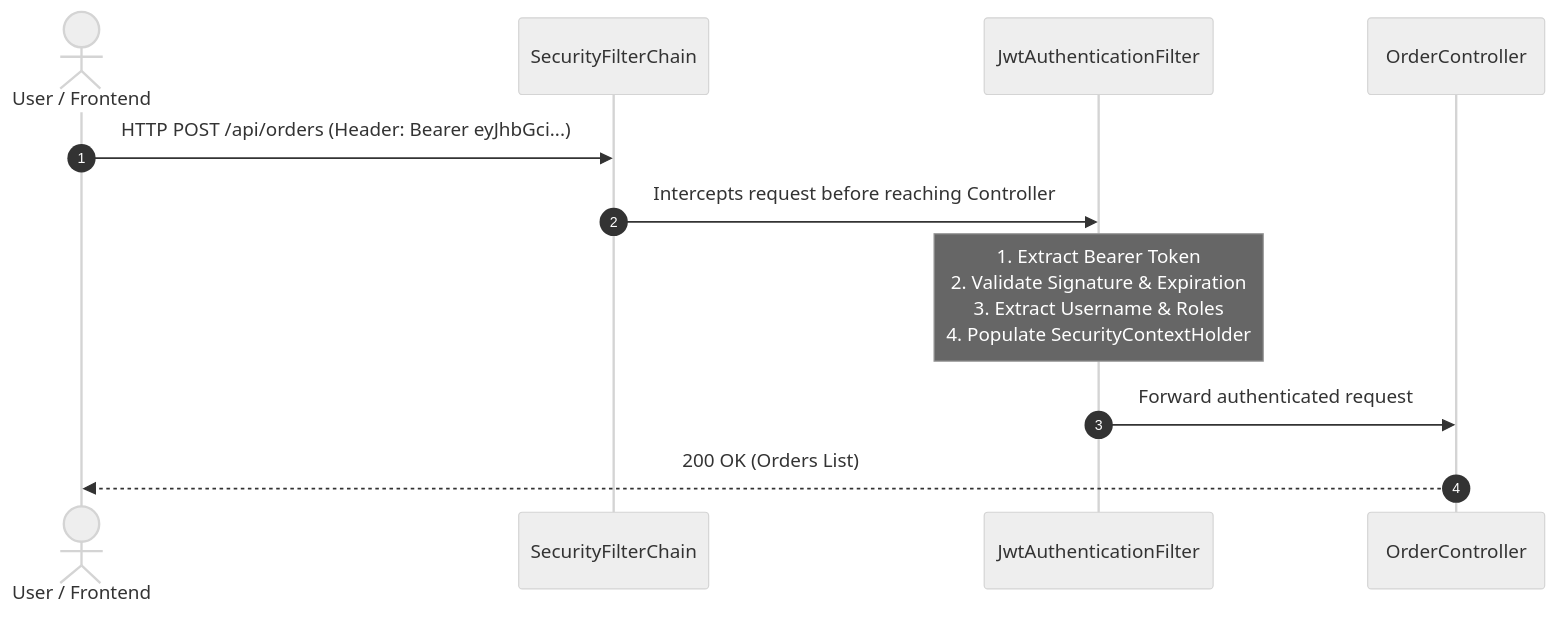
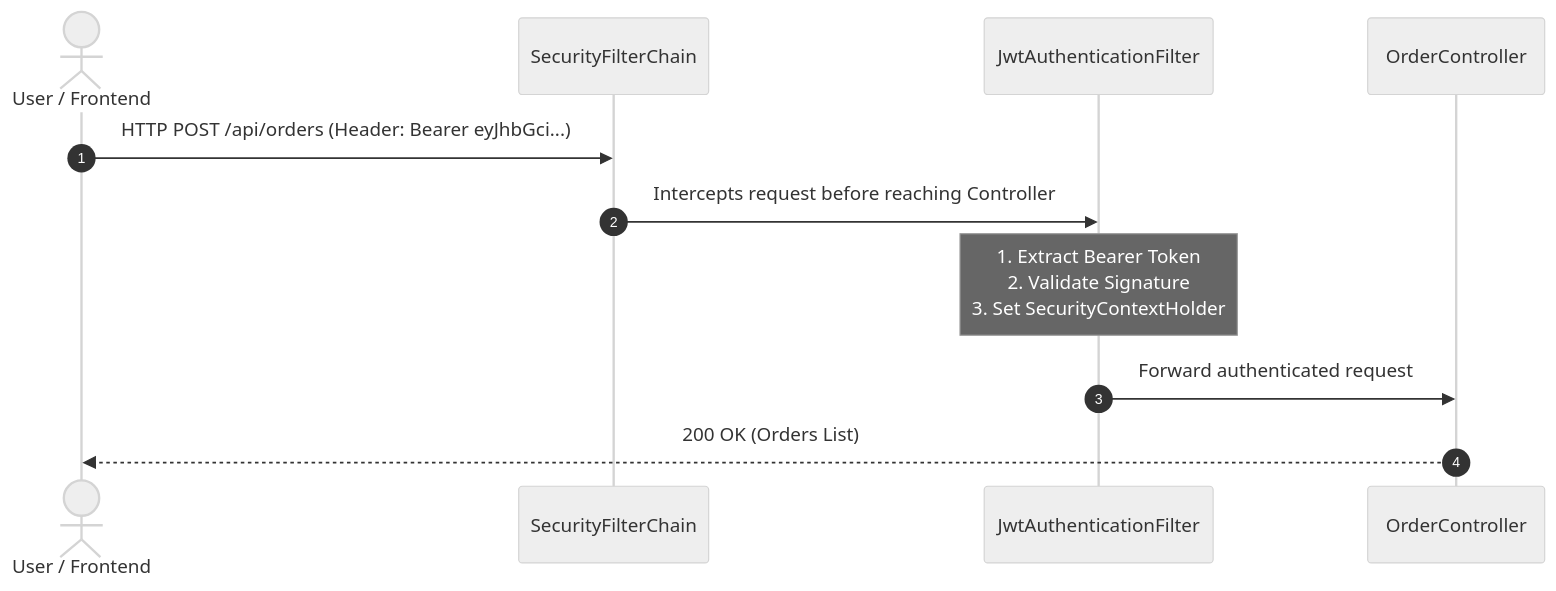
One commit to rohithgowda18/Notes changed diagram 17 of 21 in 06-Java-and-Spring-Boot/Spring Boot Interview Guide.md. Above: the diagram before and after it, drawn with Mermaid (neutral theme). The commit also changed other lines of this file, not shown here.

````diff
--- a/06-Java-and-Spring-Boot/Spring Boot Interview Guide.md
+++ b/06-Java-and-Spring-Boot/Spring Boot Interview Guide.md
@@ -1337,14 +1045,14 @@
 ```mermaid
 sequenceDiagram
     autonumber
     actor Client as User / Frontend
     participant Security as SecurityFilterChain
     participant AuthFilter as JwtAuthenticationFilter
     participant Controller as OrderController
 
     Client->>Security: HTTP POST /api/orders (Header: Bearer eyJhbGci...)
     Security->>AuthFilter: Intercepts request before reaching Controller
-    Note over AuthFilter: 1. Extract Bearer Token<br/>2. Validate Signature & Expiration<br/>3. Extract Username & Roles<br/>4. Populate SecurityContextHolder
+    Note over AuthFilter: 1. Extract Bearer Token<br/>2. Validate Signature<br/>3. Set SecurityContextHolder
     AuthFilter->>Controller: Forward authenticated request
     Controller-->>Client: 200 OK (Orders List)
 ```
````
